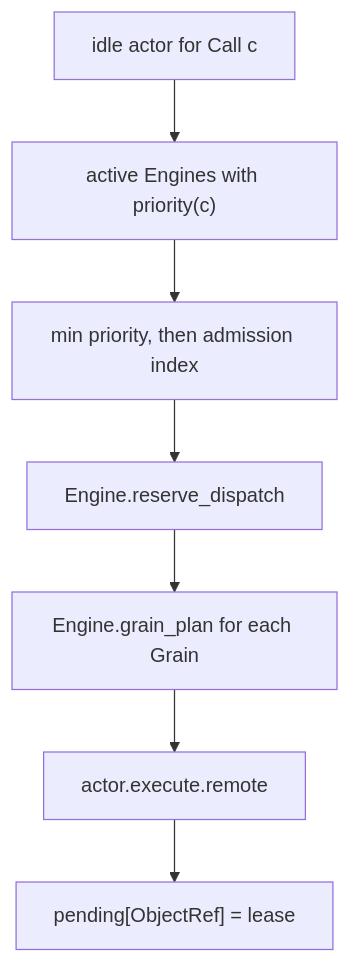
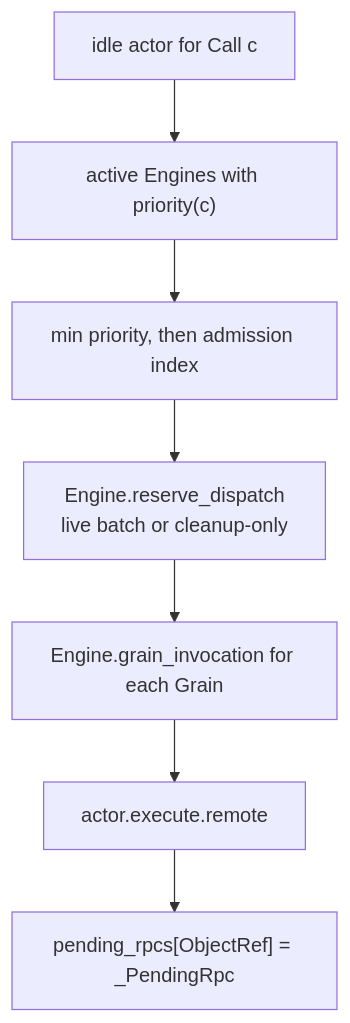
One commit to OpenDCAI/RayOrch changed the fourth of 5 diagrams in docs/multigrain_v3_6_walkthrough/06_executor_event_loop.md. Above: the diagram before and after it, drawn with Mermaid. The commit also changed other lines of this file and 31 other files, not shown here.

Commit message:
docs(v3.6): publish bilingual architecture guides

````diff
--- a/docs/multigrain_v3_6_walkthrough/06_executor_event_loop.md
+++ b/docs/multigrain_v3_6_walkthrough/06_executor_event_loop.md
@@ -215,12 +261,12 @@
 ```mermaid
 flowchart TD
     Actor["idle actor for Call c"]
     Candidates["active Engines with priority(c)"]
     Select["min priority, then admission index"]
-    Reserve["Engine.reserve_dispatch"]
-    Plans["Engine.grain_plan for each Grain"]
+    Reserve["Engine.reserve_dispatch<br/>live batch or cleanup-only"]
+    Invocations["Engine.grain_invocation for each Grain"]
     RPC["actor.execute.remote"]
-    Lease["pending[ObjectRef] = lease"]
+    PendingRpc["pending_rpcs[ObjectRef] = _PendingRpc"]
 
-    Actor --> Candidates --> Select --> Reserve --> Plans --> RPC --> Lease
+    Actor --> Candidates --> Select --> Reserve --> Invocations --> RPC --> PendingRpc
 ```
````
